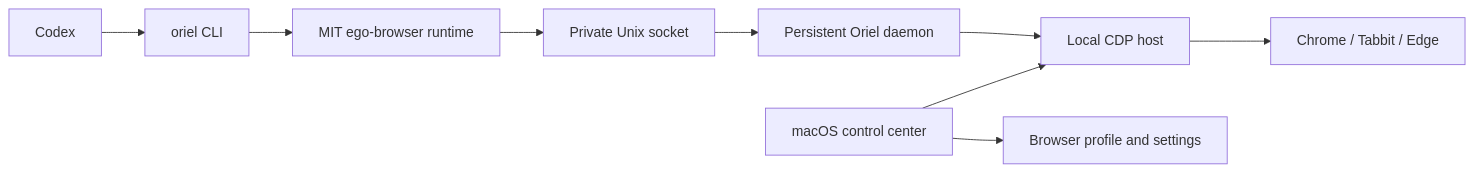
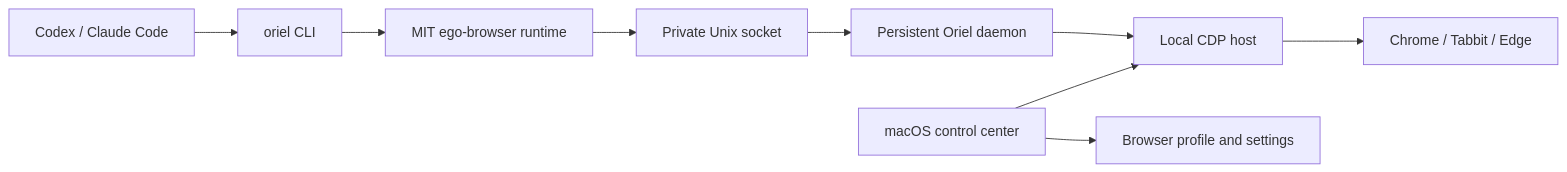
The diagram in README.md (yangjinmin666/oriel-browser), drawn with Mermaid before and after one commit. The commit also changed other lines of this file and 12 other files, not shown here.

````diff
--- a/README.md
+++ b/README.md
@@ -35,11 +36,11 @@
 ```mermaid
 flowchart LR
-    A["Codex"] --> B["oriel CLI"]
+    A["Codex / Claude Code"] --> B["oriel CLI"]
     B --> C["MIT ego-browser runtime"]
     C --> D["Private Unix socket"]
     D --> E["Persistent Oriel daemon"]
     E --> F["Local CDP host"]
     F --> G["Chrome / Tabbit / Edge"]
     H["macOS control center"] --> F
     H --> I["Browser profile and settings"]
 ```
````
